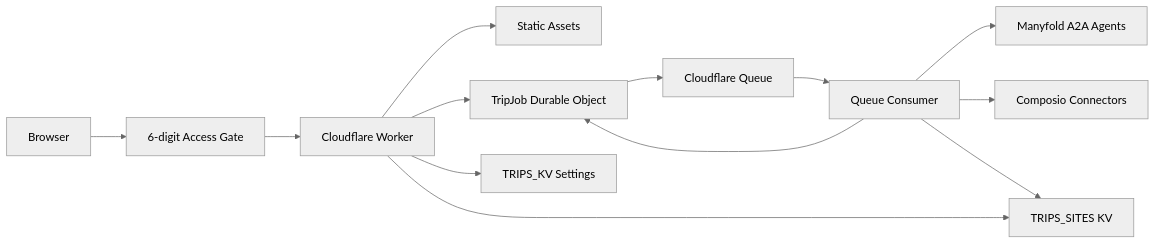
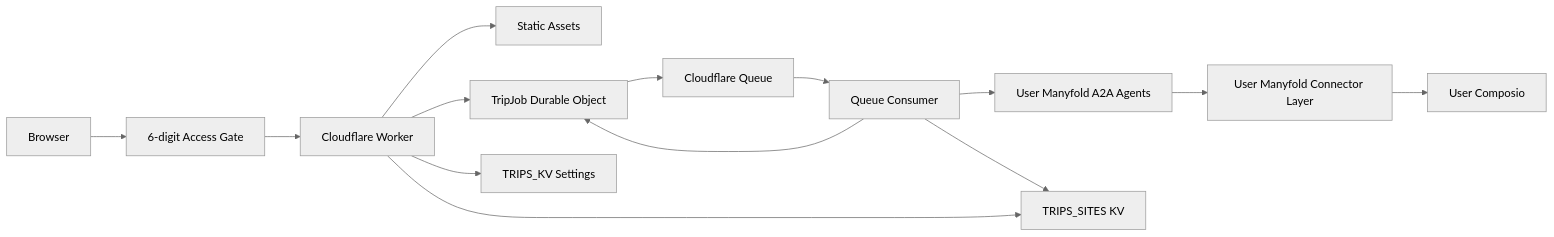
Before and after one commit to manyfold-open/travel-ticket: the diagram in docs/architecture.md, drawn with Mermaid (neutral theme). The commit also changed other lines of this file and 48 other files, not shown here.

Commit message:
feat: move connector access behind Manyfold A2A

````diff
--- a/docs/architecture.md
+++ b/docs/architecture.md
@@ -8,15 +8,16 @@
 ```mermaid
 flowchart LR
   Browser["Browser"] --> Gate["6-digit Access Gate"]
   Gate --> Worker["Cloudflare Worker"]
   Worker --> Assets["Static Assets"]
   Worker --> Job["TripJob Durable Object"]
   Job --> Queue["Cloudflare Queue"]
   Queue --> Consumer["Queue Consumer"]
-  Consumer --> Manyfold["Manyfold A2A Agents"]
-  Consumer --> Composio["Composio Connectors"]
+  Consumer --> Manyfold["User Manyfold A2A Agents"]
+  Manyfold --> Connector["User Manyfold Connector Layer"]
+  Connector --> Composio["User Composio"]
   Consumer --> Job
   Consumer --> Sites["TRIPS_SITES KV"]
   Worker --> Sites
   Worker --> Config["TRIPS_KV Settings"]
 ```
````
